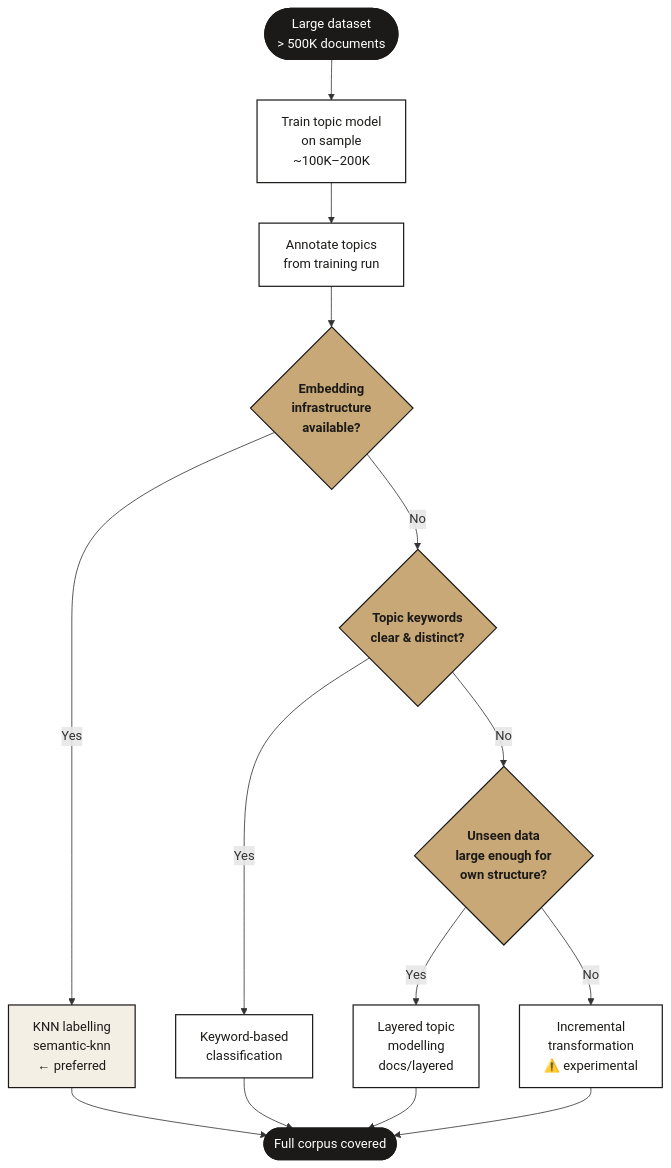
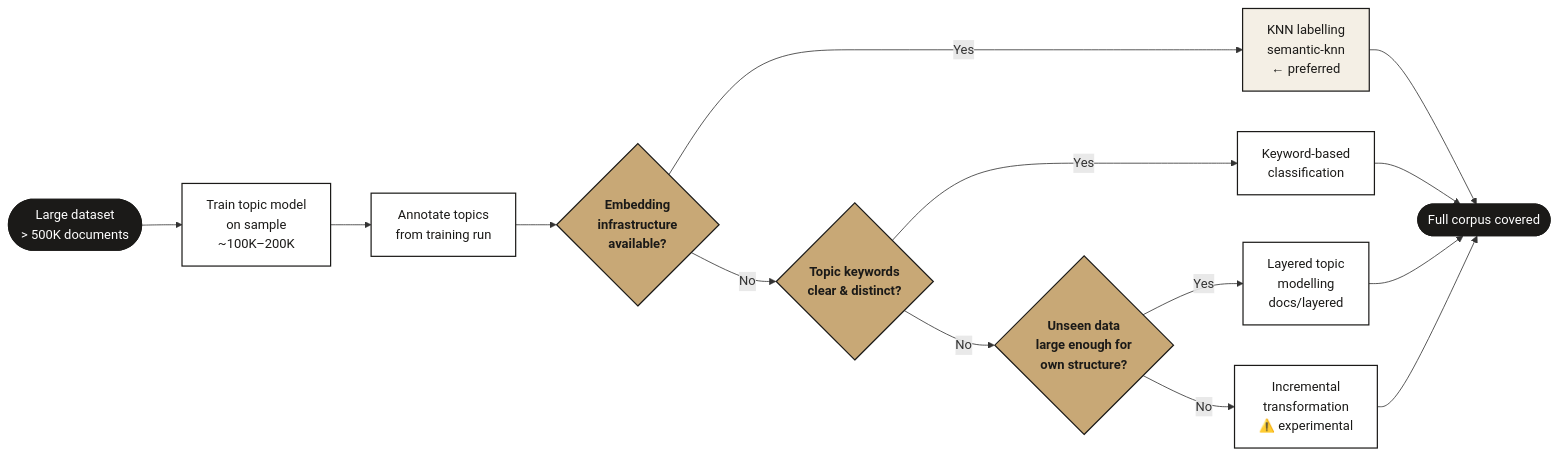
Before and after one commit to ay94/topic-modeling-recipes: the diagram in docs/sampling/README.md, drawn with Mermaid. The commit also changed 3 other files, not shown here.

Commit message:
Add notebook cross-references to workflow docs; fix mermaid diagram directions

````diff
--- a/docs/sampling/README.md
+++ b/docs/sampling/README.md
@@ -113,30 +113,30 @@
 ```mermaid
-flowchart TD
+flowchart LR
     A([Large dataset\n> 500K documents]) --> B["Train topic model\non sample\n~100K–200K"]
     B --> C["Annotate topics\nfrom training run"]
     C --> D{Embedding\ninfrastructure\navailable?}
 
     D -->|Yes| E["KNN labelling\nsemantic-knn\n← preferred"]
     D -->|No| F{Topic keywords\nclear & distinct?}
 
     F -->|Yes| G["Keyword-based\nclassification"]
     F -->|No| H{Unseen data\nlarge enough for\nown structure?}
 
     H -->|Yes| I["Layered topic\nmodelling\ndocs/layered"]
     H -->|No| J["Incremental\ntransformation\n⚠️ experimental"]
 
     E --> Z([Full corpus covered])
     G --> Z
     I --> Z
     J --> Z
 
     classDef process fill:#ffffff,stroke:#1B1A18,stroke-width:1.5px,color:#1B1A18
     classDef decision fill:#C8A876,stroke:#1B1A18,stroke-width:1.5px,color:#1B1A18,font-weight:bold
     classDef terminal fill:#1B1A18,stroke:#1B1A18,color:#ffffff,stroke-width:1.5px
     classDef preferred fill:#F4EFE5,stroke:#1B1A18,stroke-width:1.5px,color:#1B1A18
 
     class B,C,G,I,J process
     class D,F,H decision
     class A,Z terminal
     class E preferred
 ```
````
